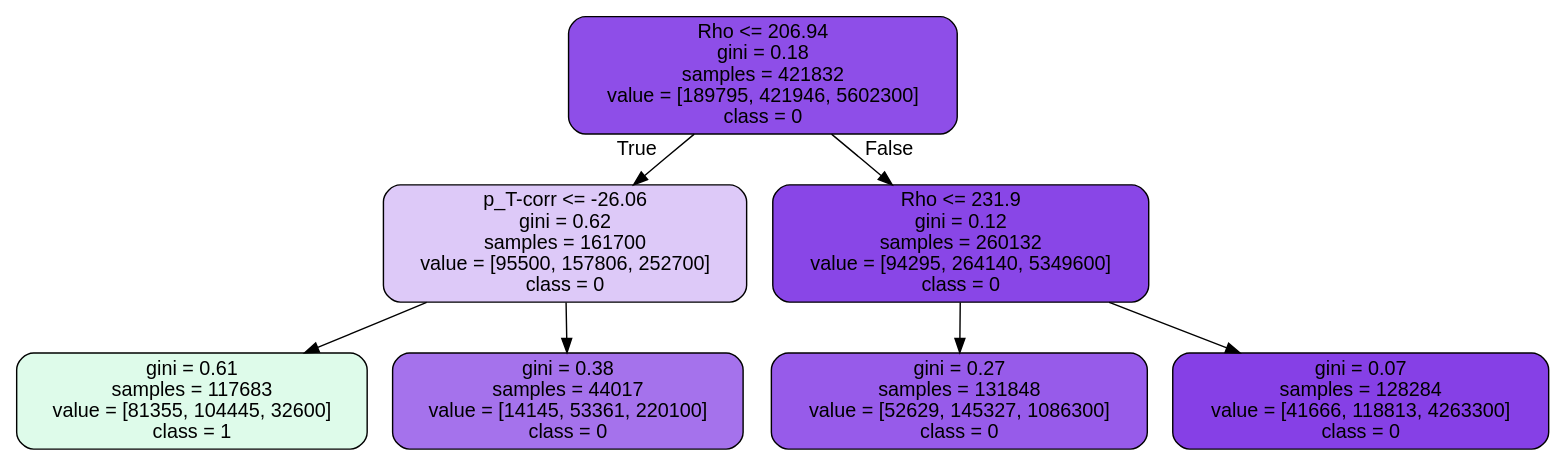
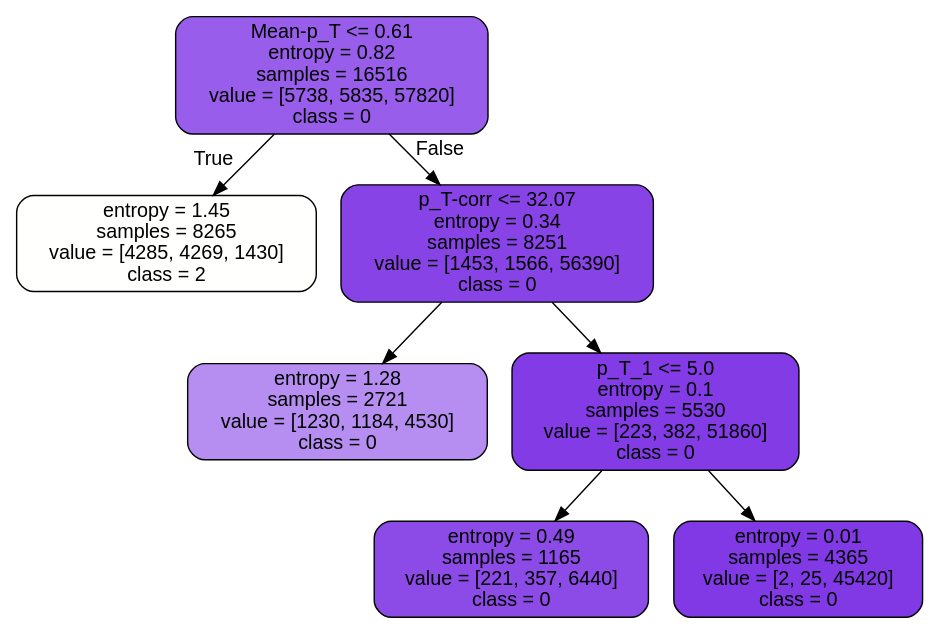
Before and after one commit to Steffanic/ML-Jet-BG-Subtraction: the diagram in Analysis_Code/ML/tree.dot, drawn with Graphviz. The commit also changed 35 other files, not shown here.

```diff
--- a/Analysis_Code/ML/tree.dot
+++ b/Analysis_Code/ML/tree.dot
@@ -1,17 +1,17 @@
 digraph Tree {
 node [shape=box, style="filled, rounded", color="black", fontname=helvetica] ;
 edge [fontname=helvetica] ;
-0 [label="Rho <= 206.94\ngini = 0.18\nsamples = 421832\nvalue = [189795, 421946, 5602300]\nclass = 0", fillcolor="#8e4ee8"] ;
-1 [label="p_T-corr <= -26.06\ngini = 0.62\nsamples = 161700\nvalue = [95500, 157806, 252700]\nclass = 0", fillcolor="#ddc9f8"] ;
+0 [label="Mean-p_T <= 0.61\nentropy = 0.82\nsamples = 16516\nvalue = [5738, 5835, 57820]\nclass = 0", fillcolor="#985dea"] ;
+1 [label="entropy = 1.45\nsamples = 8265\nvalue = [4285, 4269, 1430]\nclass = 2", fillcolor="#fffffe"] ;
 0 -> 1 [labeldistance=2.5, labelangle=45, headlabel="True"] ;
-3 [label="gini = 0.61\nsamples = 117683\nvalue = [81355, 104445, 32600]\nclass = 1", fillcolor="#defbea"] ;
-1 -> 3 ;
-4 [label="gini = 0.38\nsamples = 44017\nvalue = [14145, 53361, 220100]\nclass = 0", fillcolor="#a572ec"] ;
-1 -> 4 ;
-2 [label="Rho <= 231.9\ngini = 0.12\nsamples = 260132\nvalue = [94295, 264140, 5349600]\nclass = 0", fillcolor="#8946e7"] ;
+2 [label="p_T-corr <= 32.07\nentropy = 0.34\nsamples = 8251\nvalue = [1453, 1566, 56390]\nclass = 0", fillcolor="#8843e6"] ;
 0 -> 2 [labeldistance=2.5, labelangle=-45, headlabel="False"] ;
-5 [label="gini = 0.27\nsamples = 131848\nvalue = [52629, 145327, 1086300]\nclass = 0", fillcolor="#975bea"] ;
-2 -> 5 ;
-6 [label="gini = 0.07\nsamples = 128284\nvalue = [41666, 118813, 4263300]\nclass = 0", fillcolor="#8640e6"] ;
-2 -> 6 ;
+3 [label="entropy = 1.28\nsamples = 2721\nvalue = [1230, 1184, 4530]\nclass = 0", fillcolor="#b68df0"] ;
+2 -> 3 ;
+4 [label="p_T_1 <= 5.0\nentropy = 0.1\nsamples = 5530\nvalue = [223, 382, 51860]\nclass = 0", fillcolor="#823be5"] ;
+2 -> 4 ;
+5 [label="entropy = 0.49\nsamples = 1165\nvalue = [221, 357, 6440]\nclass = 0", fillcolor="#8c4ae7"] ;
+4 -> 5 ;
+6 [label="entropy = 0.01\nsamples = 4365\nvalue = [2, 25, 45420]\nclass = 0", fillcolor="#8139e5"] ;
+4 -> 6 ;
 }
```
